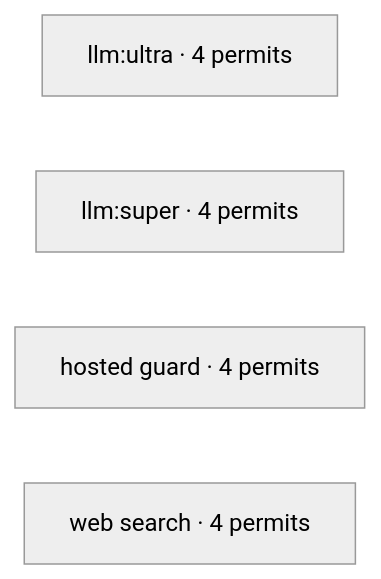
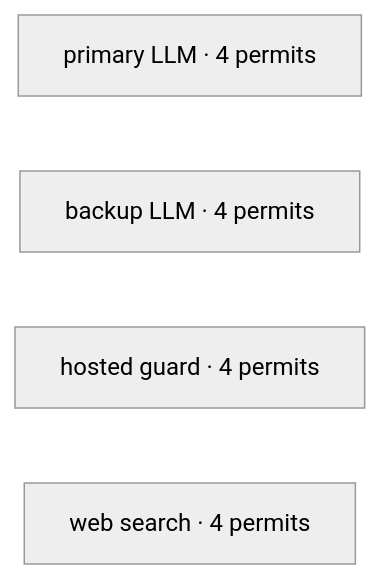
One commit to kk-engineer/robosathi changed the third of 5 diagrams in content/en/docs/agentic_ai/system_design_resilience.md. Above: the diagram before and after it, drawn with Mermaid (neutral theme). The commit also changed other lines of this file and 26 other files, not shown here.

````diff
--- a/content/en/docs/agentic_ai/system_design_resilience.md
+++ b/content/en/docs/agentic_ai/system_design_resilience.md
@@ -150,7 +150,7 @@
 ```mermaid
 graph LR
-    A["llm:ultra · 4 permits"]
-    B["llm:super · 4 permits"]
+    A["primary LLM · 4 permits"]
+    B["backup LLM · 4 permits"]
     C["hosted guard · 4 permits"]
     D["web search · 4 permits"]
 ```
````
